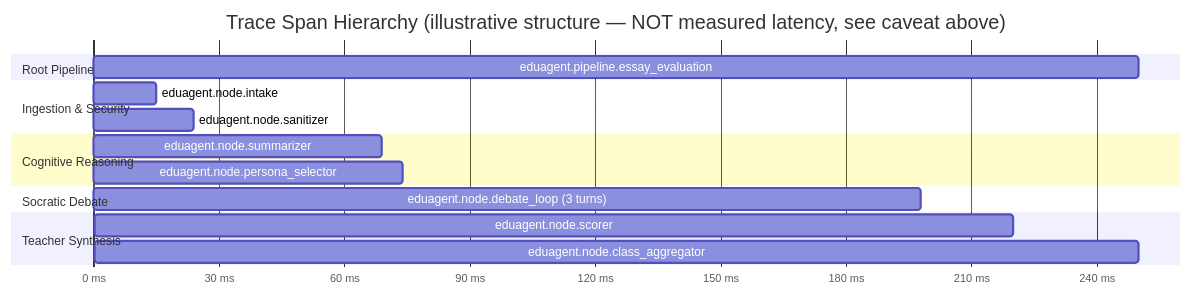
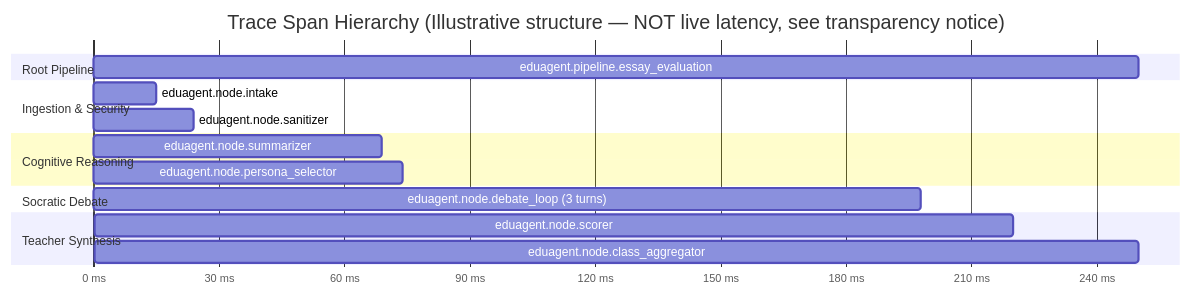
The diagram in docs/trace_evidence.md (francisnguyenanh/EduAgent), drawn with Mermaid before and after one commit. The commit also changed other lines of this file and 13 other files, not shown here.

````diff
--- a/docs/trace_evidence.md
+++ b/docs/trace_evidence.md
@@ -11,19 +11,19 @@
 ```mermaid
 gantt
-    title Trace Span Hierarchy (illustrative structure — NOT measured latency, see caveat above)
+    title Trace Span Hierarchy (Illustrative structure — NOT live latency, see transparency notice)
     dateFormat X
     axisFormat %s ms
     section Root Pipeline
     eduagent.pipeline.essay_evaluation : 0, 250
     section Ingestion & Security
     eduagent.node.intake : 0, 15
     eduagent.node.sanitizer : 15, 24
     section Cognitive Reasoning
     eduagent.node.summarizer : 24, 69
     eduagent.node.persona_selector : 69, 74
     section Socratic Debate
     eduagent.node.debate_loop (3 turns) : 74, 198
     section Teacher Synthesis
     eduagent.node.scorer : 199, 220
     eduagent.node.class_aggregator : 220, 250
 ```
````
